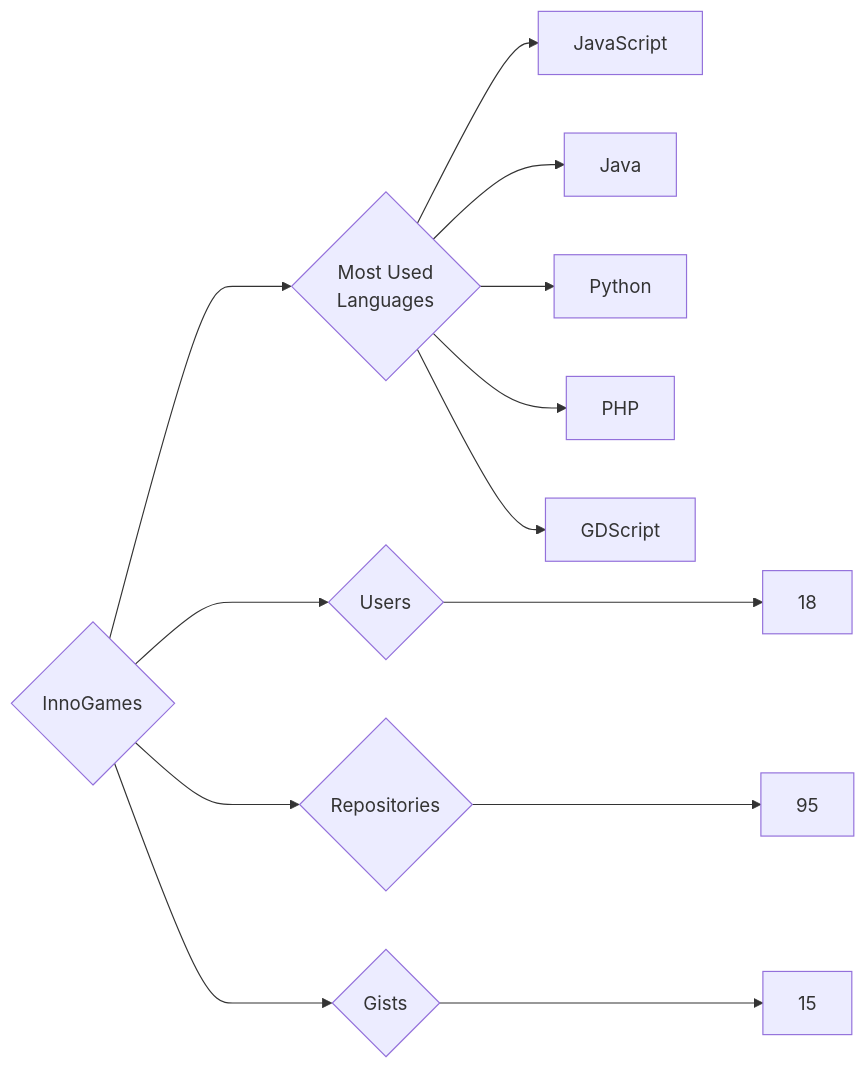
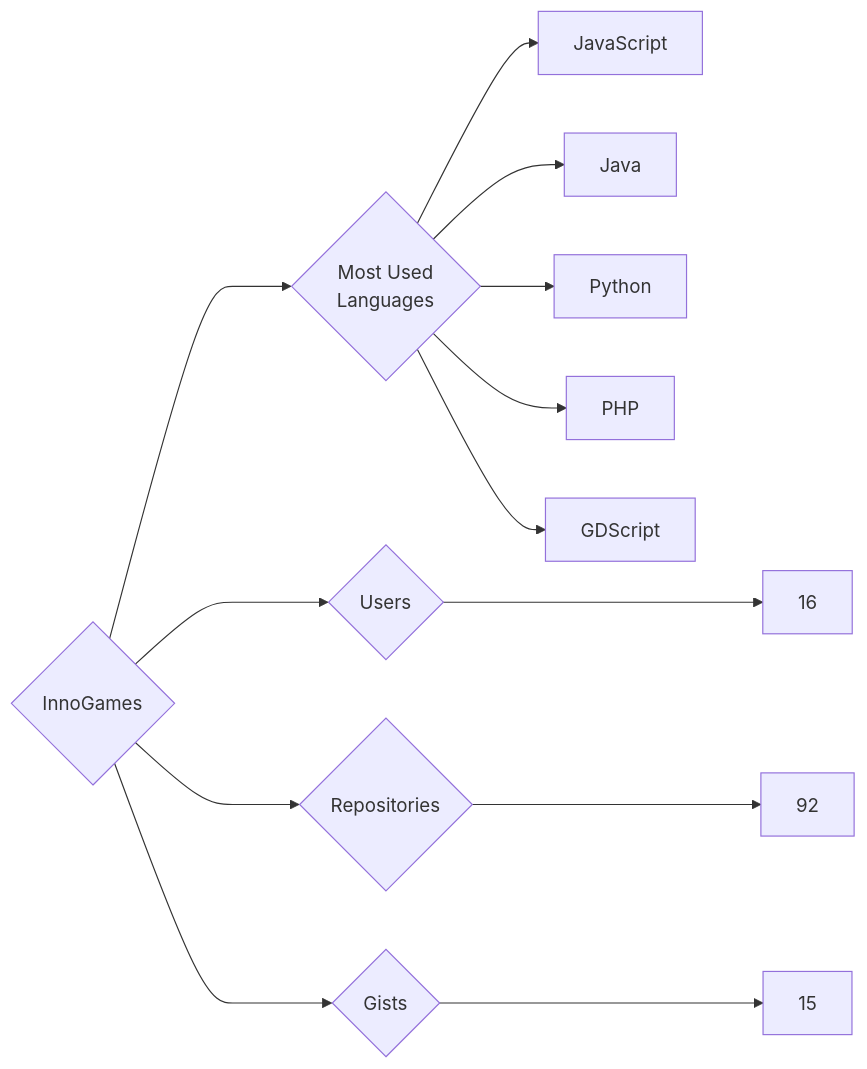
One commit to trickest/insiders changed the diagram in targets/InnoGames/README.md. Above: the diagram before and after it, drawn with Mermaid. The commit also changed 998 other files, not shown here.

````diff
--- a/targets/InnoGames/README.md
+++ b/targets/InnoGames/README.md
@@ -3,13 +3,13 @@
 ```mermaid
 graph LR
 COMPANY_NAME{InnoGames}
-COMPANY_NAME ---> U{Users} ---> UN[18]
-COMPANY_NAME ---> R{Repositories} ---> RN[95]
+COMPANY_NAME ---> U{Users} ---> UN[16]
+COMPANY_NAME ---> R{Repositories} ---> RN[92]
 COMPANY_NAME ---> G{Gists} ---> GN[15]
 COMPANY_NAME ---> ML{Most Used<br>Languages}
 ML --> JavaScript[JavaScript]
 ML --> Java[Java]
 ML --> Python[Python]
 ML --> PHP[PHP]
 ML --> GDScript[GDScript]
 ```
````
